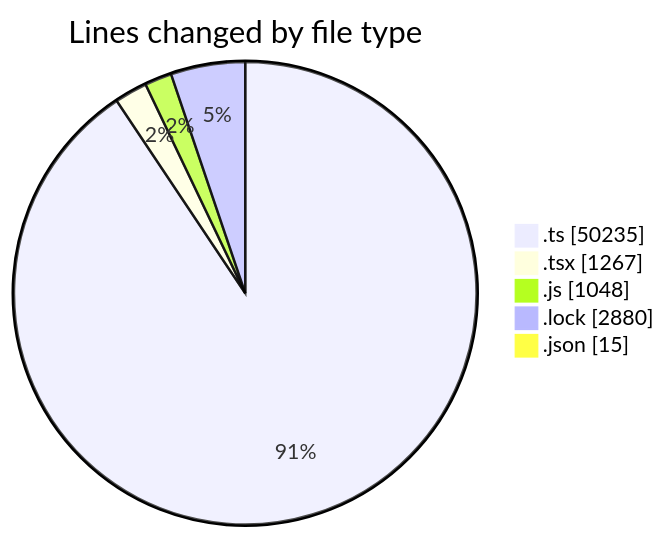
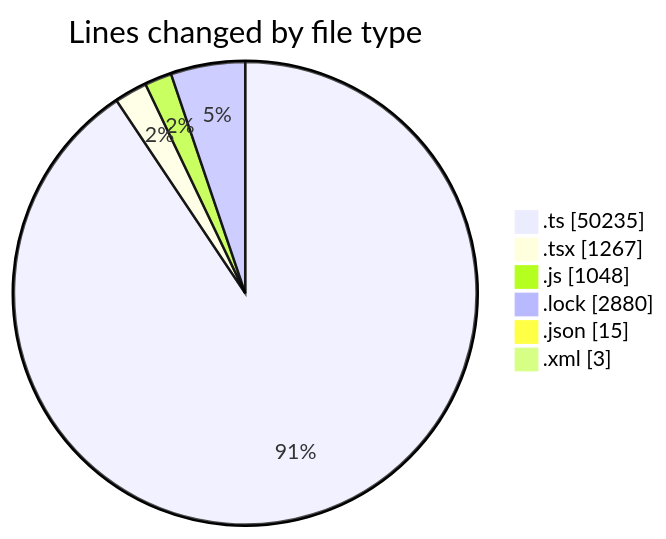
One commit to momahboobian/code-tracking changed the first of 2 diagrams in 2026-09-11/cda/README.md. Above: the diagram before and after it, drawn with Mermaid. The commit also changed other lines of this file and 1 other file, not shown here.

````diff
--- a/2026-09-11/cda/README.md
+++ b/2026-09-11/cda/README.md
@@ -49,9 +50,10 @@
 ```mermaid
 pie showData
 title Lines changed by file type
 ".ts" : 50235
 ".tsx" : 1267
 ".js" : 1048
 ".lock" : 2880
 ".json" : 15
+".xml" : 3
 ```
````
